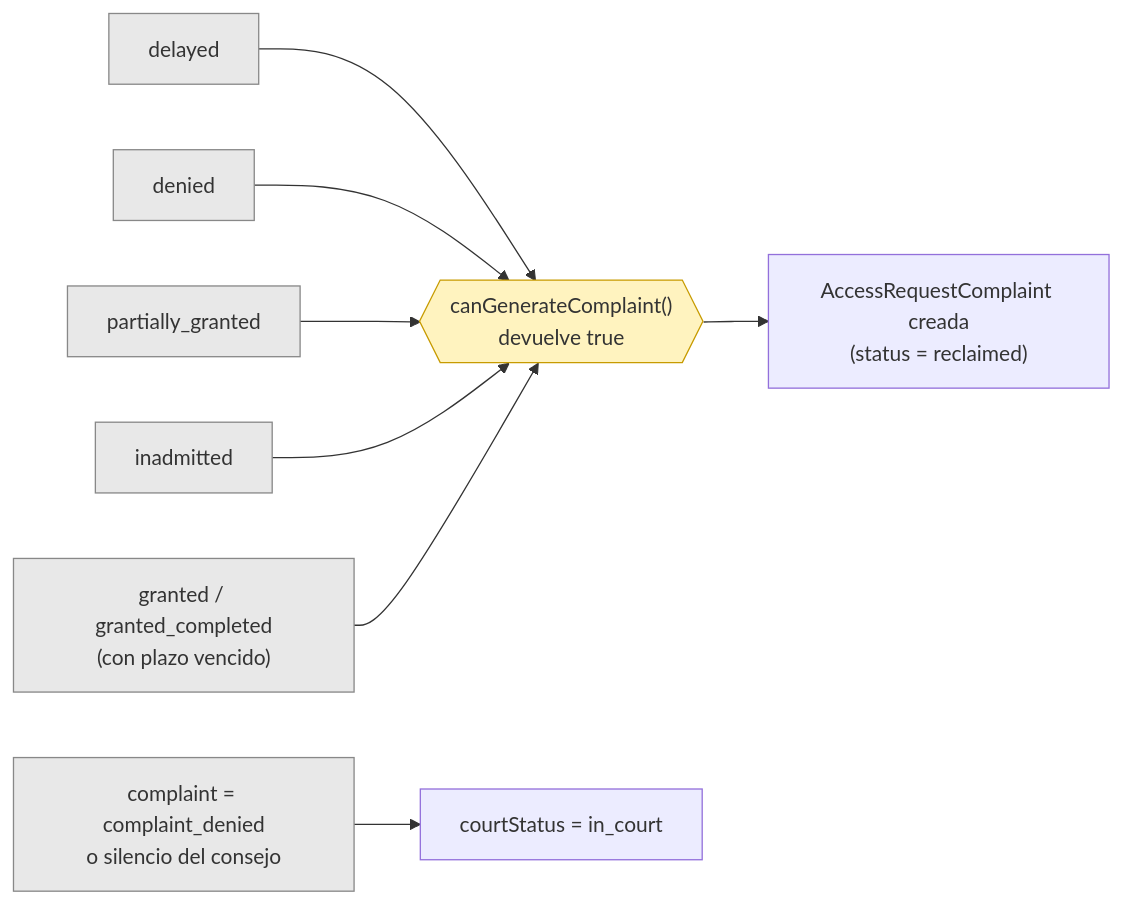
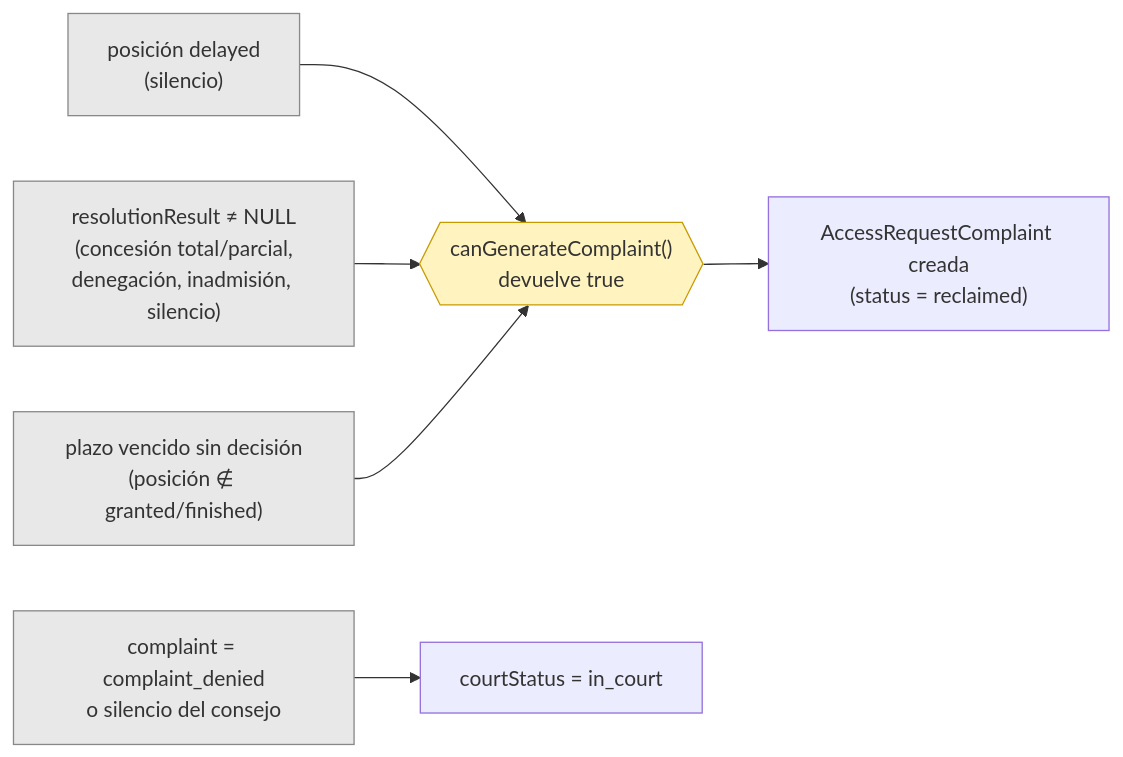
The second of 2 diagrams in docs/request-workflow.md (Naroh091/PideInfo), drawn with Mermaid before and after one commit. The commit also changed other lines of this file and 46 other files, not shown here.

````diff
--- a/docs/request-workflow.md
+++ b/docs/request-workflow.md
@@ -91,25 +111,21 @@
 ```mermaid
 flowchart LR
     classDef terminal fill:#e8e8e8,stroke:#888;
     classDef trigger fill:#fff3bf,stroke:#c79b00;
 
-    delayed[delayed]:::terminal
-    denied[denied]:::terminal
-    partially_granted[partially_granted]:::terminal
-    inadmitted[inadmitted]:::terminal
-    grantedExpired["granted / granted_completed<br/>(con plazo vencido)"]:::terminal
+    delayed["posición delayed<br/>(silencio)"]:::terminal
+    anyResult["resolutionResult ≠ NULL<br/>(concesión total/parcial,<br/>denegación, inadmisión, silencio)"]:::terminal
+    expired["plazo vencido sin decisión<br/>(posición ∉ granted/finished)"]:::terminal
 
     canComplain{{"canGenerateComplaint()<br/>devuelve true"}}:::trigger
     fileComplaint["AccessRequestComplaint creada<br/>(status = reclaimed)"]
     complaintDenied["complaint = complaint_denied<br/>o silencio del consejo"]:::terminal
     goCourt["courtStatus = in_court"]
 
     delayed --> canComplain
-    denied --> canComplain
-    partially_granted --> canComplain
-    inadmitted --> canComplain
-    grantedExpired --> canComplain
+    anyResult --> canComplain
+    expired --> canComplain
     canComplain --> fileComplaint
 
     complaintDenied --> goCourt
 ```
````
